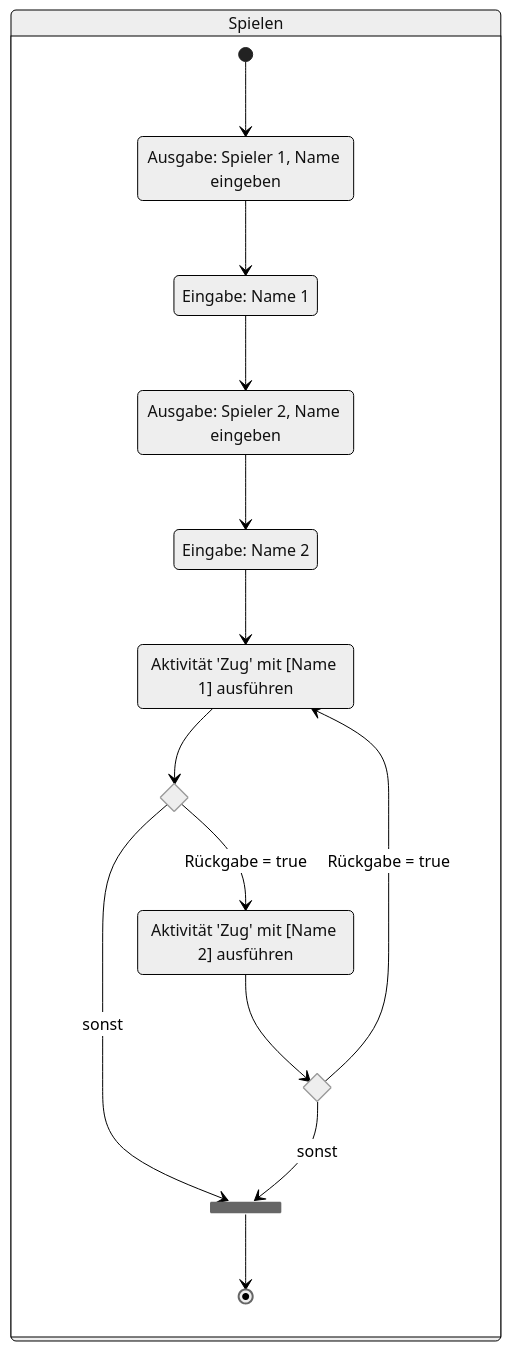
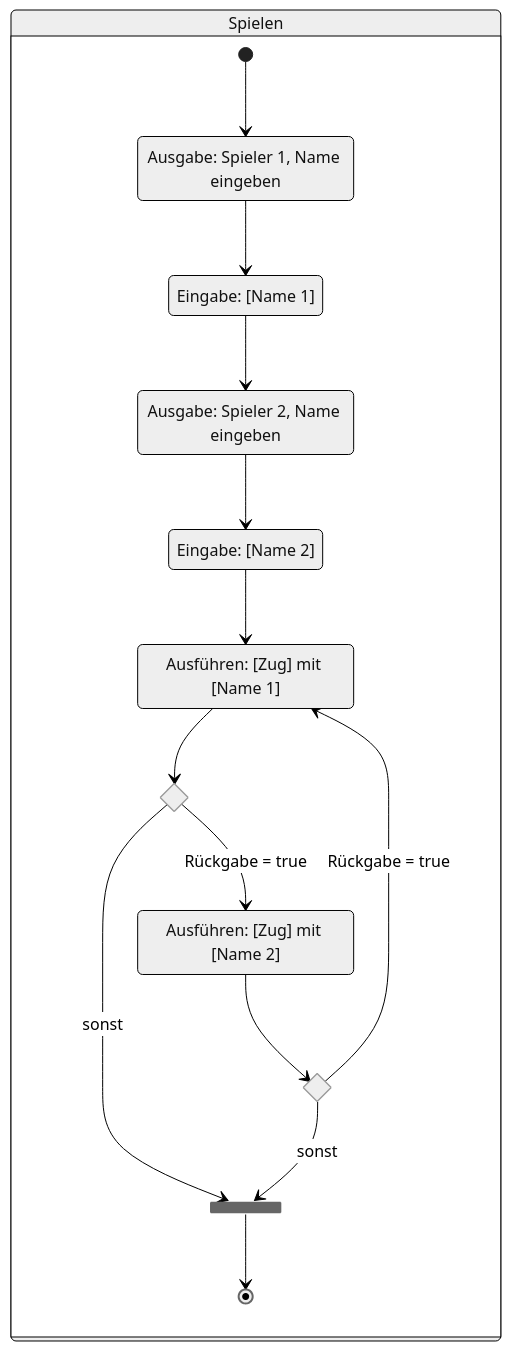
The third of 4 diagrams in docs/exercises/activity-diagrams/activity-diagrams01.mdx (jappuccini/java-docs), drawn with Mermaid (neutral theme) before and after one commit. The commit also changed other lines of this file and 5 other files, not shown here.

````diff
--- a/docs/exercises/activity-diagrams/activity-diagrams01.mdx
+++ b/docs/exercises/activity-diagrams/activity-diagrams01.mdx
@@ -42,28 +42,28 @@
 ```mermaid
 stateDiagram-v2
     state "Ausgabe: Spieler 1, Name eingeben" as state1
-    state "Eingabe: Name 1" as state2
+    state "Eingabe: [Name 1]" as state2
     state "Ausgabe: Spieler 2, Name eingeben" as state3
-    state "Eingabe: Name 2" as state4
-    state "Aktivität 'Zug' mit [Name 1] ausführen" as state5
-    state "Aktivität 'Zug' mit [Name 2] ausführen" as state6
+    state "Eingabe: [Name 2]" as state4
+    state "Ausführen: [Zug] mit [Name 1]" as state5
+    state "Ausführen: [Zug] mit [Name 2]" as state6
 
     state if1 <<choice>>
     state if2 <<choice>>
     state fork1 <<fork>>
 
     state "Spielen" as play {
         [*] --> state1
         state1 --> state2
         state2 --> state3
         state3 --> state4
         state4 --> state5
         state5 --> if1
         if1 --> fork1: sonst
         if1 --> state6: Rückgabe = true
         state6 --> if2
         if2 --> state5: Rückgabe = true
         if2 --> fork1: sonst
         fork1 --> [*]
     }
 ```
````
